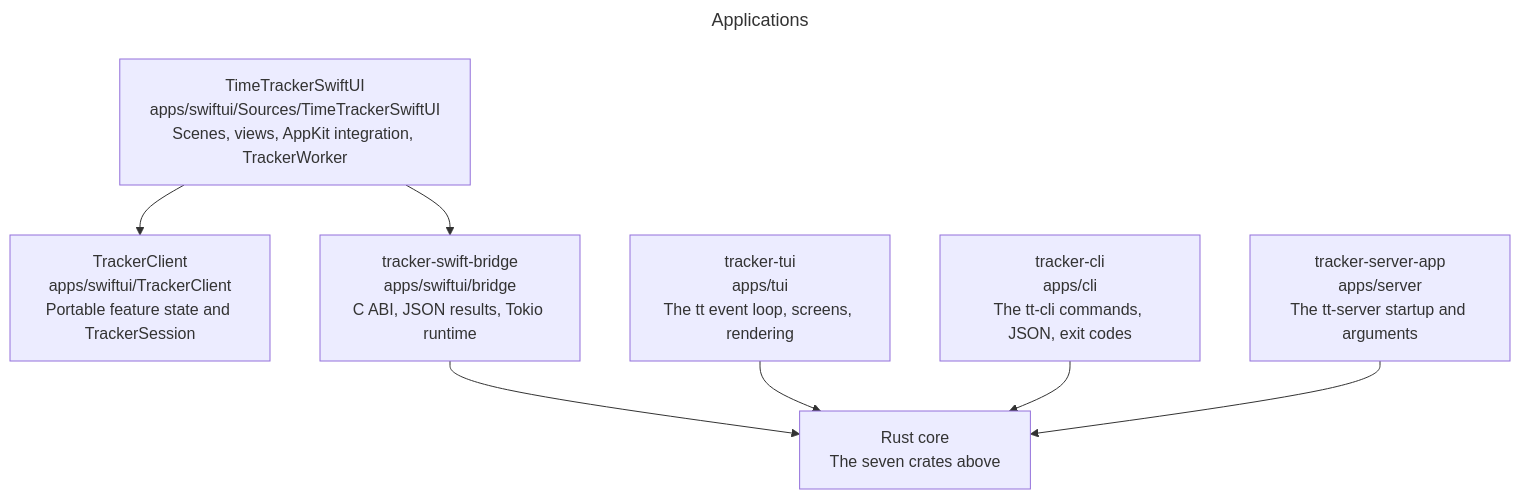
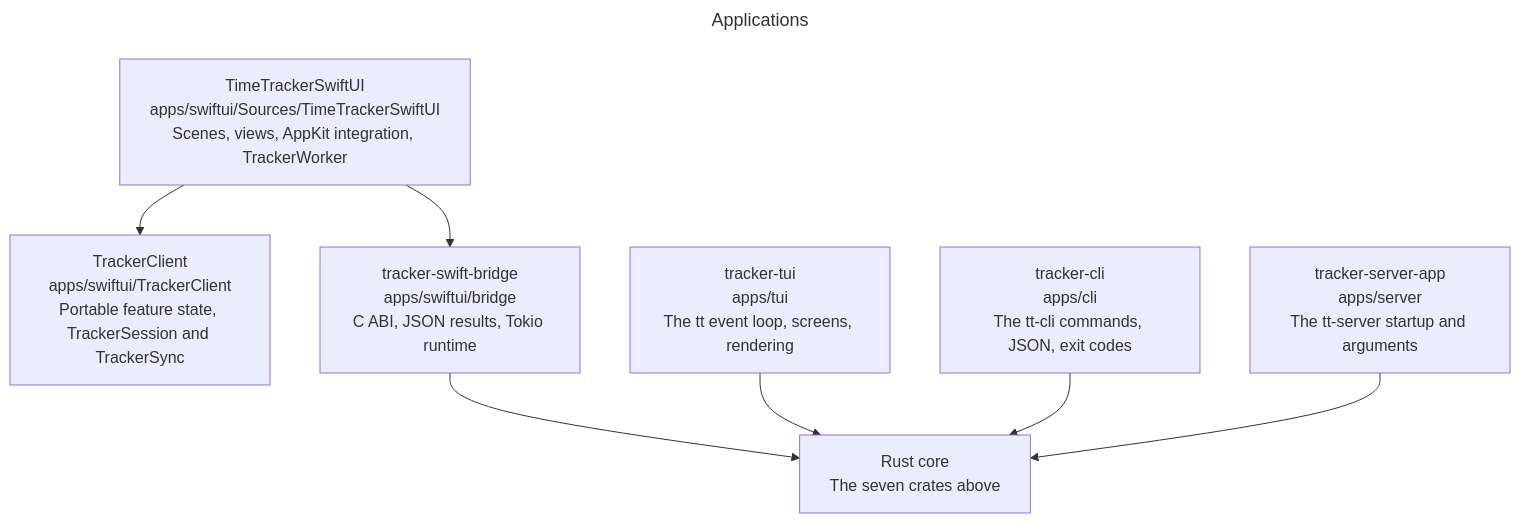
Before and after one commit to remshams/time-tracker: the fourth of 6 diagrams in docs/architecture/architecture.md, drawn with Mermaid. The commit also changed other lines of this file and 1 other file, not shown here.

First line of the commit message:
docs(Architecture): name TrackerSync in the TrackerClient module entry

````diff
--- a/docs/architecture/architecture.md
+++ b/docs/architecture/architecture.md
@@ -133,15 +133,15 @@
 ```mermaid
 ---
 title: Applications
 ---
 flowchart TD
     mac["TimeTrackerSwiftUI<br>apps/swiftui/Sources/TimeTrackerSwiftUI<br>Scenes, views, AppKit integration, TrackerWorker"]:::module
-    package["TrackerClient<br>apps/swiftui/TrackerClient<br>Portable feature state and TrackerSession"]:::module
+    package["TrackerClient<br>apps/swiftui/TrackerClient<br>Portable feature state, TrackerSession and TrackerSync"]:::module
     bridge["tracker-swift-bridge<br>apps/swiftui/bridge<br>C ABI, JSON results, Tokio runtime"]:::module
     tui["tracker-tui<br>apps/tui<br>The tt event loop, screens, rendering"]:::module
     cli["tracker-cli<br>apps/cli<br>The tt-cli commands, JSON, exit codes"]:::module
     serverapp["tracker-server-app<br>apps/server<br>The tt-server startup and arguments"]:::module
     core["Rust core<br>The seven crates above"]:::group
     mac --> package & bridge
     bridge & tui & cli & serverapp --> core
 ```
````
